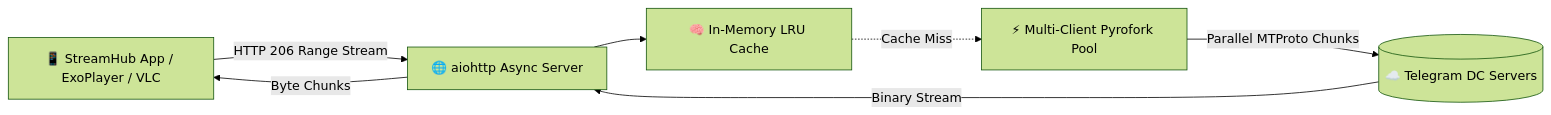
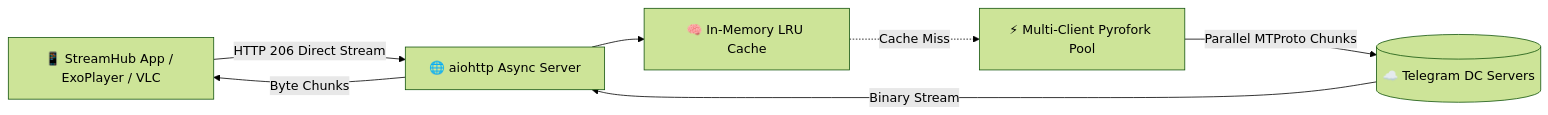
Before and after one commit to WorkerOfArea51/OmniArchiver-F2L: the diagram in README.md, drawn with Mermaid (forest theme). The commit also changed other lines of this file and 1 other file, not shown here.

````diff
--- a/README.md
+++ b/README.md
@@ -66,9 +66,9 @@
 ```mermaid
 graph LR
-    User[📱 StreamHub App / ExoPlayer / VLC] -->|HTTP 206 Range Stream| WebServer[🌐 aiohttp Async Server]
+    User[📱 StreamHub App / ExoPlayer / VLC] -->|HTTP 206 Direct Stream| WebServer[🌐 aiohttp Async Server]
     WebServer --> LRU[🧠 In-Memory LRU Cache]
     LRU -.->|Cache Miss| Pool[⚡ Multi-Client Pyrofork Pool]
     Pool -->|Parallel MTProto Chunks| TG[(☁️ Telegram DC Servers)]
     TG -->|Binary Stream| WebServer
     WebServer -->|Byte Chunks| User
 ```
````
